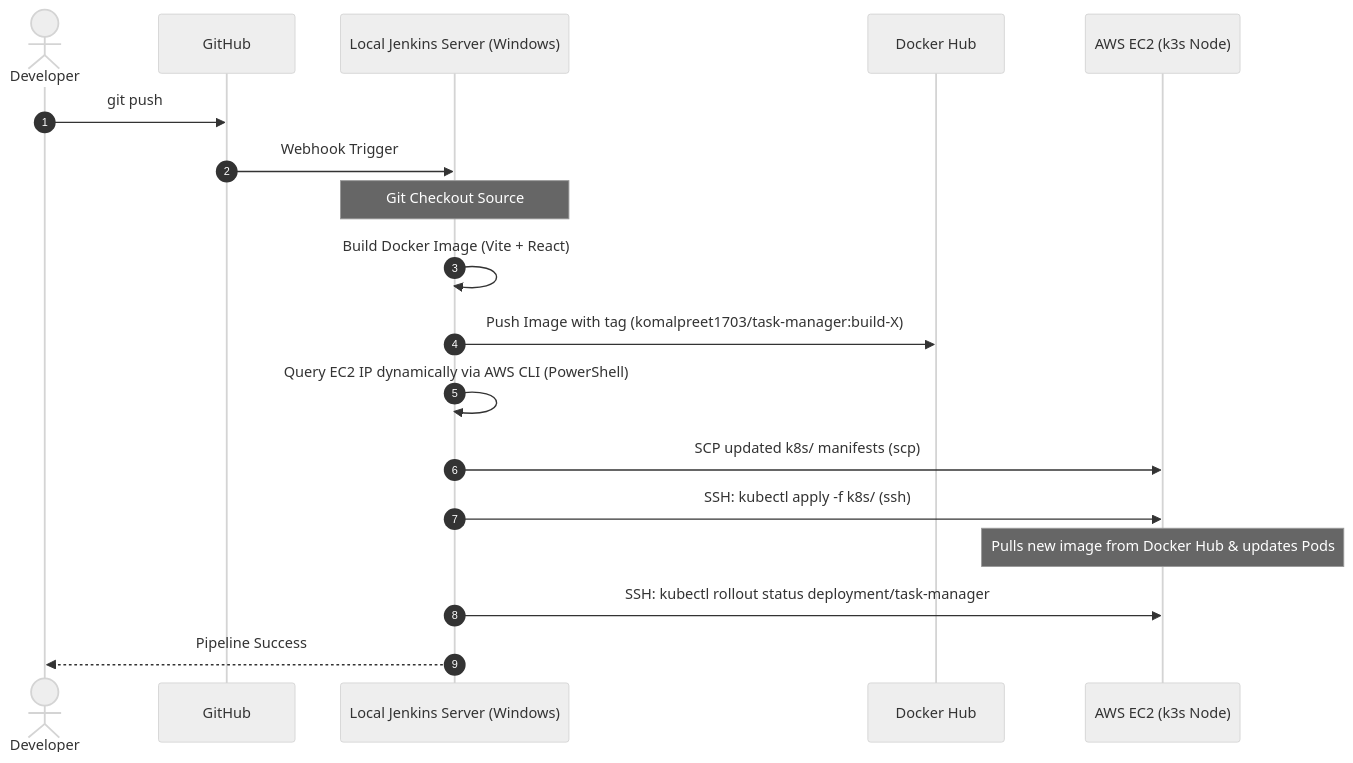
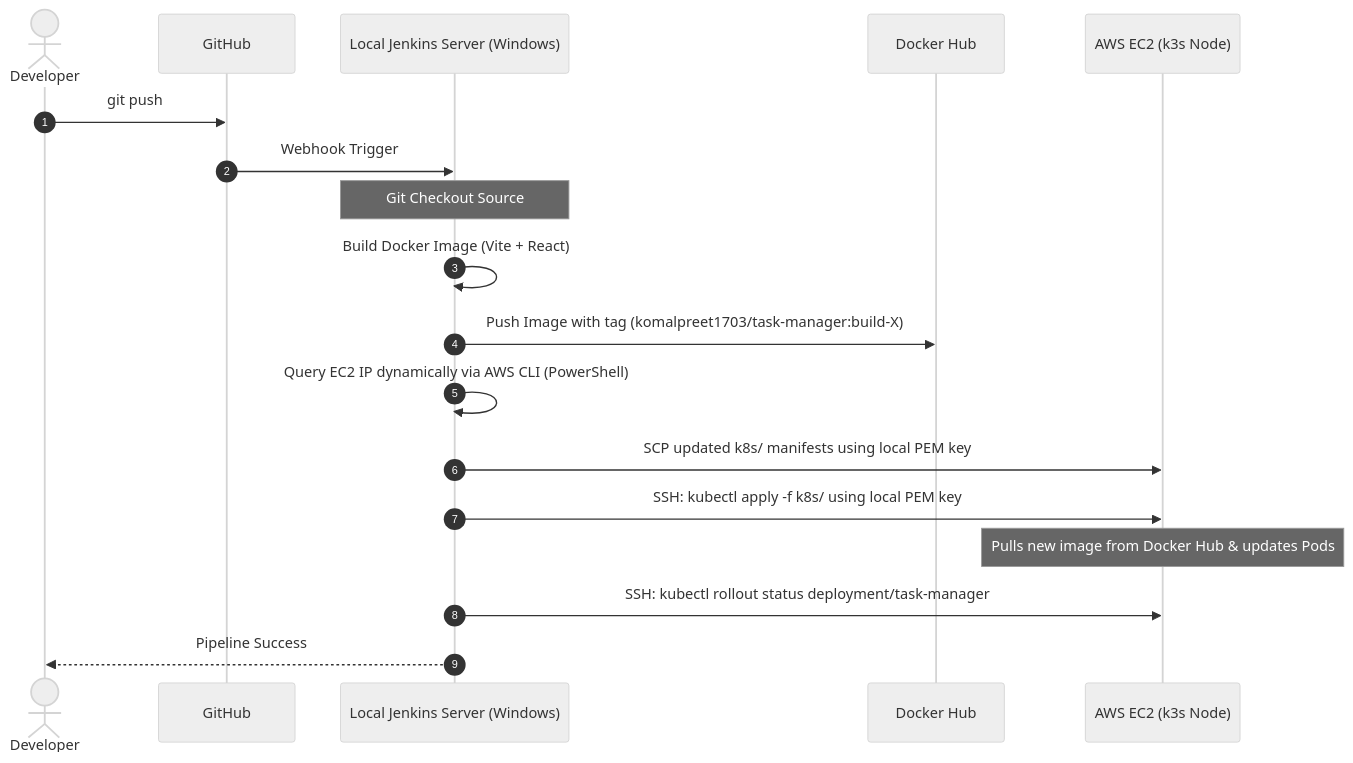
The diagram in PROJECT_REPORT.md (Komalpr3t/devops-task-manager), drawn with Mermaid (neutral theme) before and after one commit. The commit also changed other lines of this file and 2 other files, not shown here.

````diff
--- a/PROJECT_REPORT.md
+++ b/PROJECT_REPORT.md
@@ -110,21 +109,21 @@
 ```mermaid
 sequenceDiagram
     autonumber
     actor Dev as Developer
     participant Git as GitHub
     participant Jen as Local Jenkins Server (Windows)
     participant DH as Docker Hub
     participant EC2 as AWS EC2 (k3s Node)
 
     Dev->>Git: git push
     Git->>Jen: Webhook Trigger
     Note over Jen: Git Checkout Source
     Jen->>Jen: Build Docker Image (Vite + React)
     Jen->>DH: Push Image with tag (komalpreet1703/task-manager:build-X)
     Jen->>Jen: Query EC2 IP dynamically via AWS CLI (PowerShell)
-    Jen->>EC2: SCP updated k8s/ manifests (scp)
-    Jen->>EC2: SSH: kubectl apply -f k8s/ (ssh)
+    Jen->>EC2: SCP updated k8s/ manifests using local PEM key
+    Jen->>EC2: SSH: kubectl apply -f k8s/ using local PEM key
     Note over EC2: Pulls new image from Docker Hub & updates Pods
     Jen->>EC2: SSH: kubectl rollout status deployment/task-manager
     Jen-->>Dev: Pipeline Success
 ```
````
